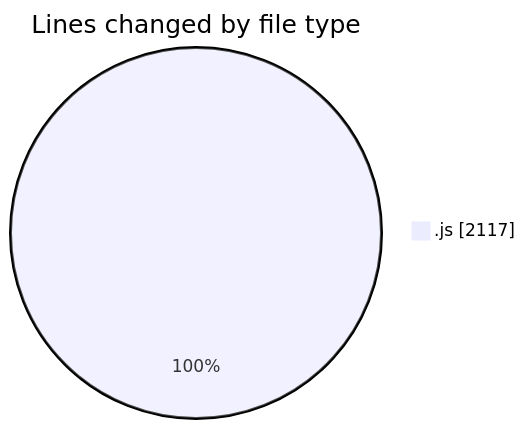
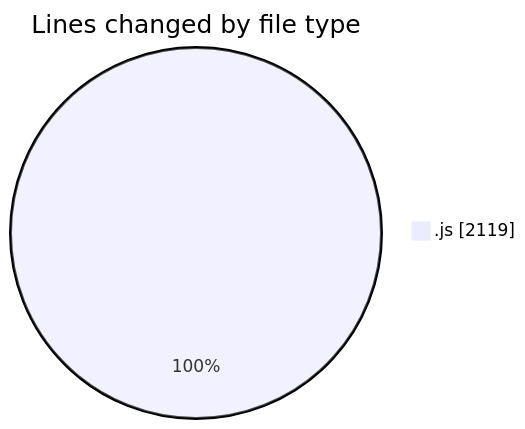
Before and after one commit to BS-eng2023/code-tracking: the first of 2 diagrams in 2025-04-03/jsvms/README.md, drawn with Mermaid. The commit also changed other lines of this file and 1 other file, not shown here.

````diff
--- a/2025-04-03/jsvms/README.md
+++ b/2025-04-03/jsvms/README.md
@@ -32,5 +32,5 @@
 ```mermaid
 pie showData
 title Lines changed by file type
-".js" : 2117
+".js" : 2119
 ```
````
